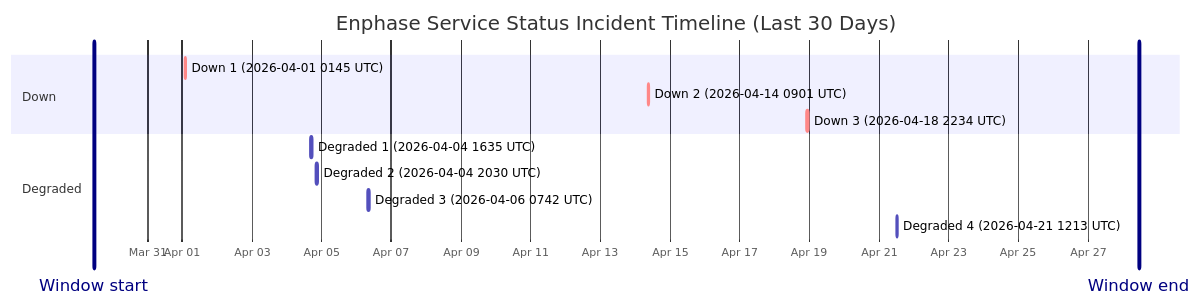
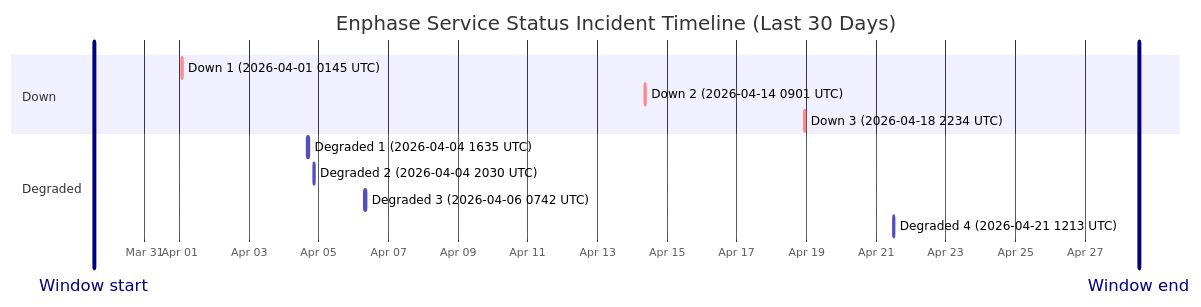
The diagram in wiki/Service-Status-History.md (barneyonline/ha-enphase-ev-charger), drawn with Mermaid before and after one commit. The commit also changed other lines of this file and 3 other files, not shown here.

````diff
--- a/wiki/Service-Status-History.md
+++ b/wiki/Service-Status-History.md
@@ -14,17 +14,17 @@
 ```mermaid
 gantt
     title Enphase Service Status Incident Timeline (Last 30 Days)
     dateFormat  YYYY-MM-DDTHH:mm:ss
     axisFormat  %b %d
-    Window start :vert, window-start, 2026-03-29T11:04:52, 0ms
-    Window end :vert, window-end, 2026-04-28T11:04:52, 0ms
+    Window start :vert, window-start, 2026-03-29T13:12:18, 0ms
+    Window end :vert, window-end, 2026-04-28T13:12:18, 0ms
     section Down
     Down 1 (2026-04-01 0145 UTC) :crit, down-1, 2026-04-01T01:45:09, 60m
     Down 2 (2026-04-14 0901 UTC) :crit, down-2, 2026-04-14T09:01:13, 60m
     Down 3 (2026-04-18 2234 UTC) :crit, down-3, 2026-04-18T22:34:13, 60m
     section Degraded
     Degraded 1 (2026-04-04 1635 UTC) :active, degraded-1, 2026-04-04T16:35:17, 60m
     Degraded 2 (2026-04-04 2030 UTC) :active, degraded-2, 2026-04-04T20:30:40, 60m
     Degraded 3 (2026-04-06 0742 UTC) :active, degraded-3, 2026-04-06T07:42:09, 85m
     Degraded 4 (2026-04-21 1213 UTC) :active, degraded-4, 2026-04-21T12:13:11, 60m
 ```
````
